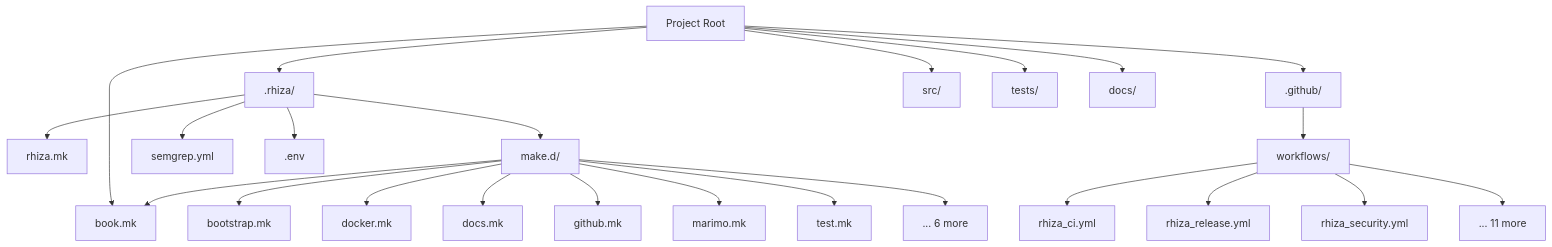
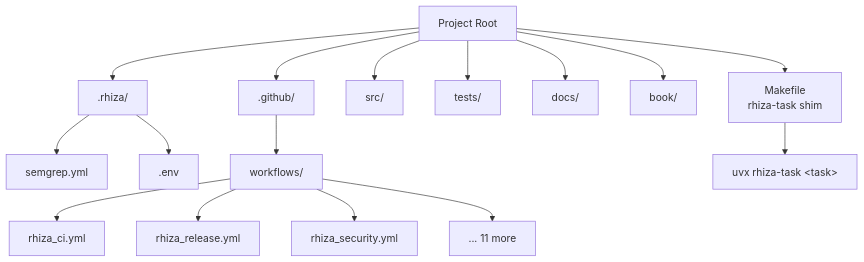
One commit to Jebel-Quant/rhiza changed the sixth of 9 diagrams in docs/reference/ARCHITECTURE.md. Above: the diagram before and after it, drawn with Mermaid. The commit also changed other lines of this file and 46 other files, not shown here.

````diff
--- a/docs/reference/ARCHITECTURE.md
+++ b/docs/reference/ARCHITECTURE.md
@@ -175,31 +184,23 @@
 ```mermaid
 flowchart TD
     root[Project Root]
 
     root --> rhiza[.rhiza/]
     root --> github[.github/]
     root --> src[src/]
     root --> tests[tests/]
     root --> docs[docs/]
     root --> book[book/]
 
-    rhiza --> rhizamk[rhiza.mk]
-    rhiza --> maked[make.d/]
+    root --> shim[Makefile<br/>rhiza-task shim]
     rhiza --> semgrep[semgrep.yml]
     rhiza --> env[.env]
 
     github --> workflows[workflows/]
     workflows --> ci[rhiza_ci.yml]
     workflows --> release[rhiza_release.yml]
     workflows --> security[rhiza_security.yml]
     workflows --> more[... 11 more]
 
-    maked --> book[book.mk]
-    maked --> bootstrap[bootstrap.mk]
-    maked --> docker[docker.mk]
-    maked --> docs_mk[docs.mk]
-    maked --> github_mk[github.mk]
-    maked --> marimo[marimo.mk]
-    maked --> test[test.mk]
-    maked --> more_mk[... 6 more]
+    shim --> tasks[uvx rhiza-task &lt;task&gt;]
 ```
````
